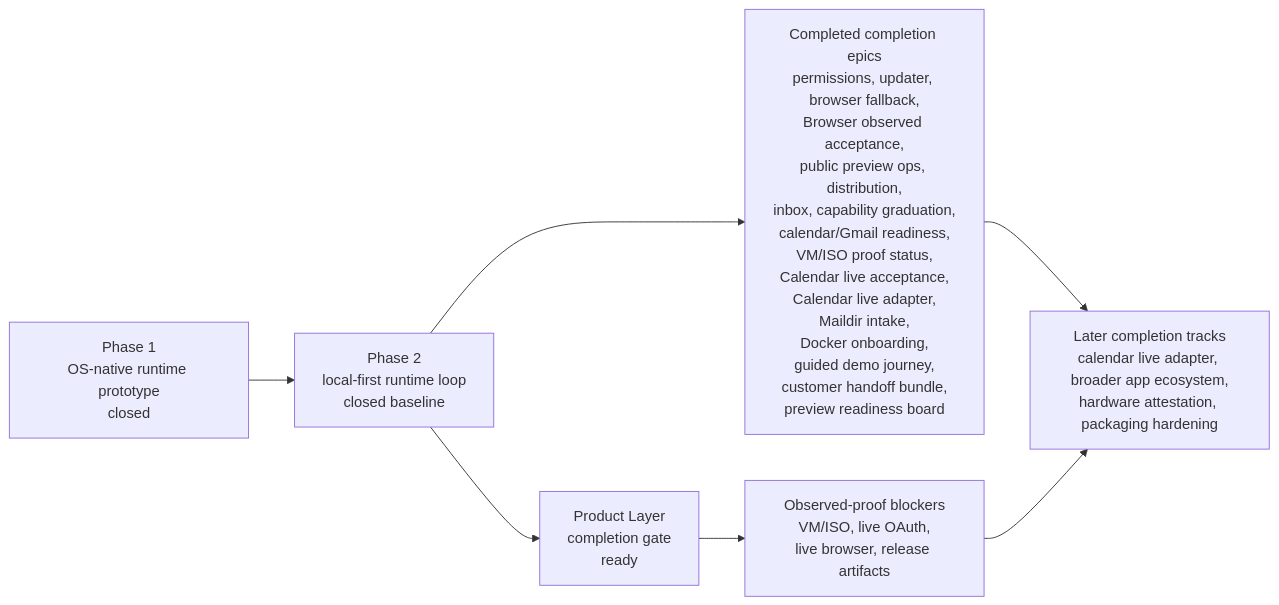
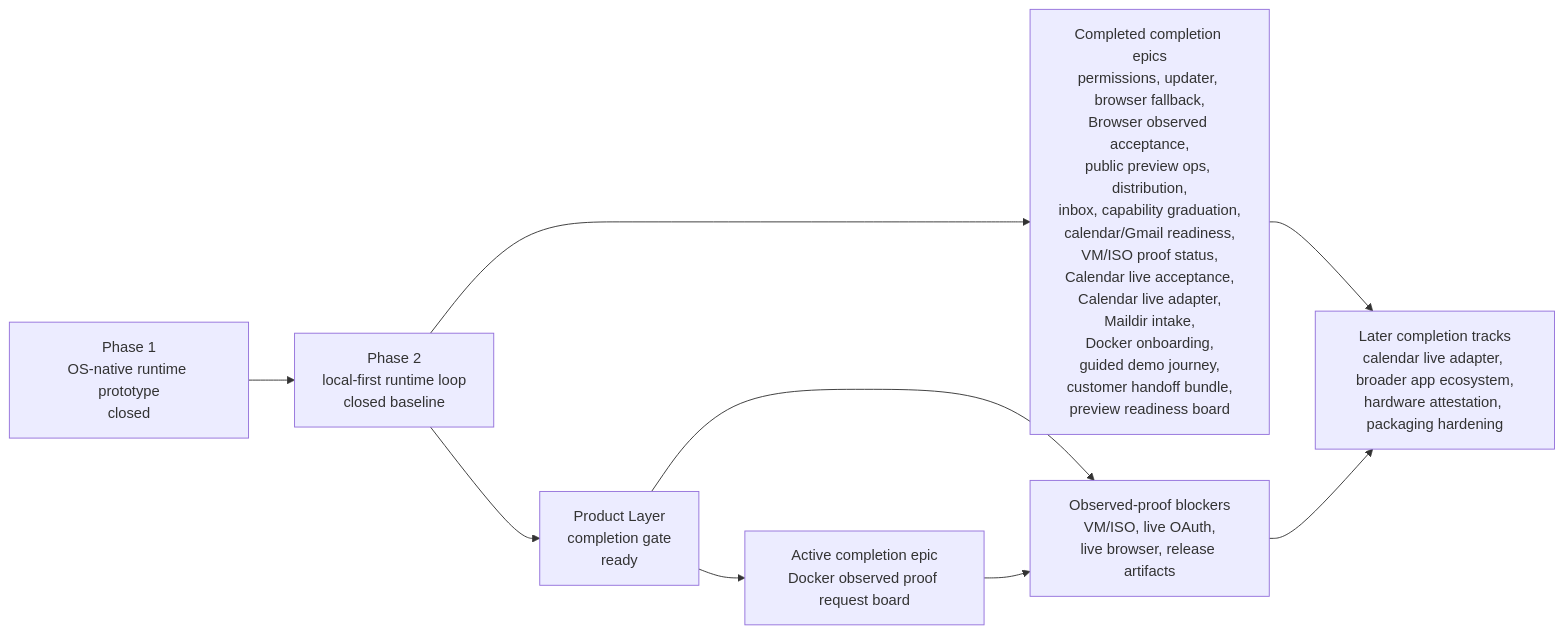
Before and after one commit to Jongtae/agentos: the diagram in README.md, drawn with Mermaid. The commit also changed other lines of this file and 10 other files, not shown here.

Commit message:
Add Docker observed proof request board

````diff
--- a/README.md
+++ b/README.md
@@ -179,15 +179,17 @@
 ```mermaid
 flowchart LR
   phase1["Phase 1\nOS-native runtime prototype\nclosed"]
   phase2["Phase 2\nlocal-first runtime loop\nclosed baseline"]
   ready["Product Layer\ncompletion gate\nready"]
+  active["Active completion epic\nDocker observed proof request board"]
   completed["Completed completion epics\npermissions, updater, browser fallback,\nBrowser observed acceptance,\npublic preview ops, distribution,\ninbox, capability graduation,\ncalendar/Gmail readiness,\nVM/ISO proof status,\nCalendar live acceptance,\nCalendar live adapter,\nMaildir intake,\nDocker onboarding,\nguided demo journey,\ncustomer handoff bundle,\npreview readiness board"]
   blocked["Observed-proof blockers\nVM/ISO, live OAuth,\nlive browser, release artifacts"]
   future["Later completion tracks\ncalendar live adapter, broader app ecosystem,\nhardware attestation, packaging hardening"]
 
-  phase1 --> phase2 --> ready
+  phase1 --> phase2 --> ready --> active
   phase2 --> completed
   ready --> blocked
+  active --> blocked
   completed --> future
   blocked --> future
 ```
````
